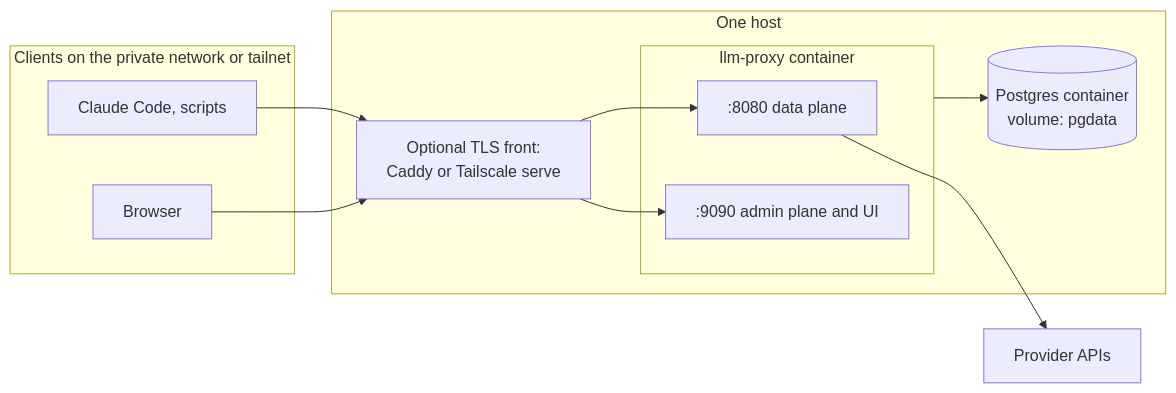
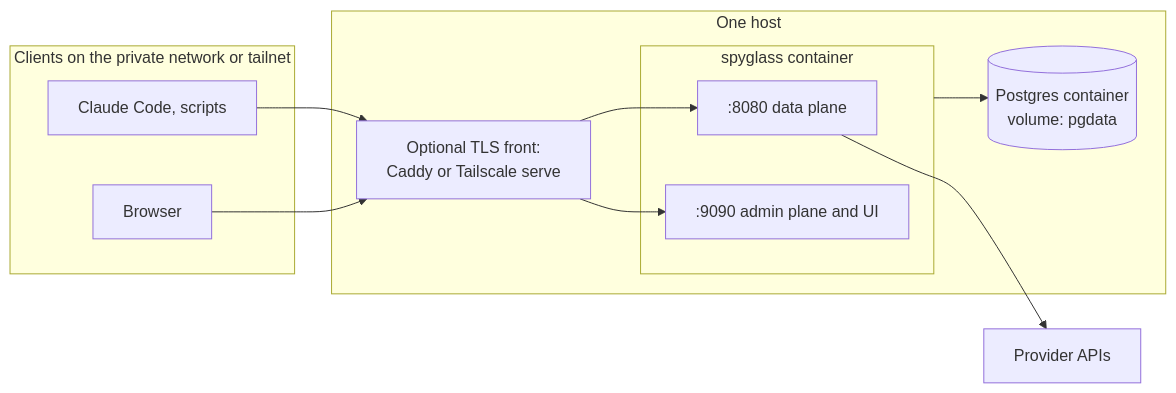
Before and after one commit to mtanzi/llm-proxy: the diagram in docs/architecture/deployment.md, drawn with Mermaid. The commit also changed other lines of this file and 147 other files, not shown here.

First line of the commit message:
feat: rename llm-proxy to spyglass (#105)

````diff
--- a/docs/architecture/deployment.md
+++ b/docs/architecture/deployment.md
@@ -22,21 +22,21 @@
 ```mermaid
 flowchart LR
     subgraph clients[Clients on the private network or tailnet]
         cc[Claude Code, scripts]
         br[Browser]
     end
     subgraph host[One host]
         rp[Optional TLS front:<br/>Caddy or Tailscale serve]
-        subgraph app[llm-proxy container]
+        subgraph app[spyglass container]
             dp[":8080 data plane"]
             ap[":9090 admin plane and UI"]
         end
         pg[(Postgres container<br/>volume: pgdata)]
     end
     up[Provider APIs]
 
     cc --> rp --> dp
     br --> rp --> ap
     dp --> up
     app --> pg
 ```
````
